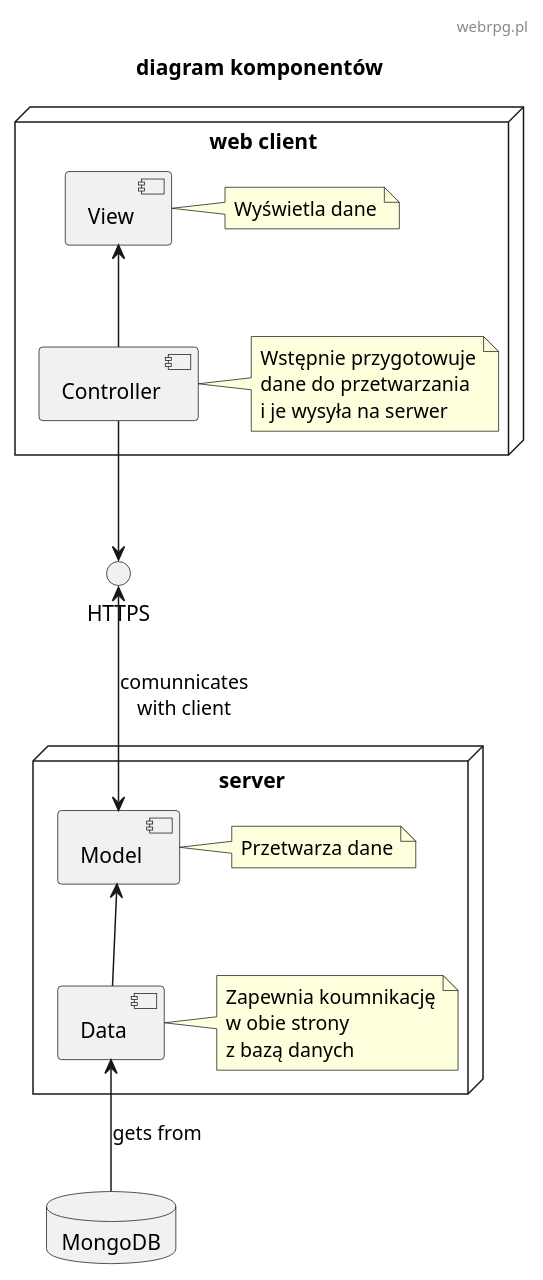
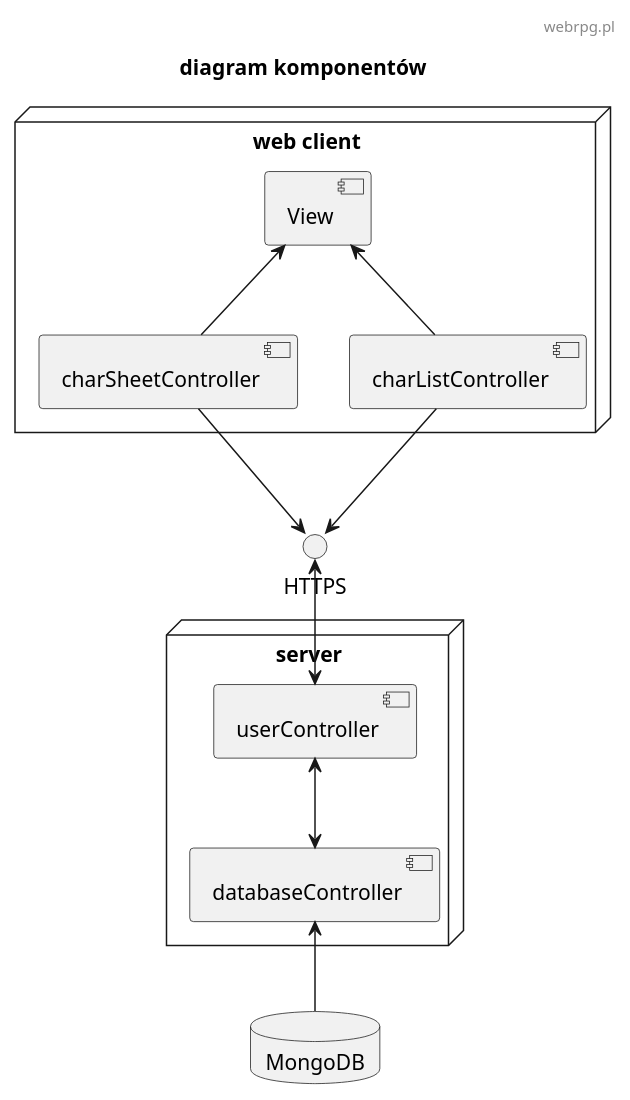
One commit to TheVivent-Politechnika-Lodzka/io_webrpg changed the diagram in diagrams/diagram_komponentów.plantuml. Above: the diagram before and after it, drawn with PlantUML.

```diff
--- a/diagrams/diagram_komponentów.plantuml
+++ b/diagrams/diagram_komponentów.plantuml
@@ -1,43 +1,28 @@
 @startuml
 skinparam defaultFontName "Comic Sans MS"
 header webrpg.pl
 title "diagram komponentów"
 'left to right direction
 
 interface HTTPS
 
 node "web client" {
     '[View] <-- HTTPS
-    [View] <-- [Controller] 
-    [Controller] --> HTTPS
-    
-    note right of [Controller]
-        Wstępnie przygotowuje
-        dane do przetwarzania
-        i je wysyła na serwer
-    end note
-    note right of [View]
-        Wyświetla dane
-    end note
-
+    [View] <-- [charSheetController] 
+    [View] <-- [charListController]
+    [charSheetController] --> HTTPS
+    [charListController] --> HTTPS
 
 }
 
 node "server" {
-    HTTPS <--> [Model]: "comunnicates\nwith client"
-    [Model] <-- [Data]
-    note right of [Data]
-        Zapewnia koumnikację
-        w obie strony
-        z bazą danych
-    end note
-
-    note right of [Model]
-        Przetwarza dane
-    end note
+    [userController] <--> [databaseController] 
+    HTTPS <--> [userController]
+    
 }
 
+
 database "MongoDB"
-[Data] <-- MongoDB: "gets from"
+[databaseController] <-- MongoDB
 
 @enduml
```
